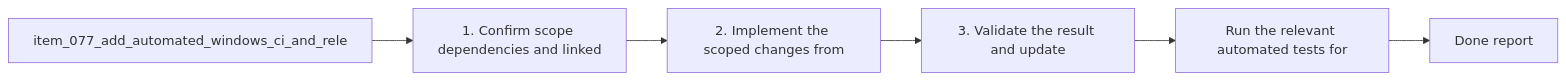
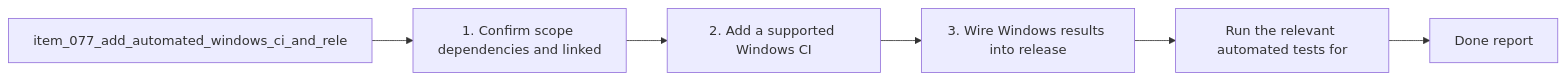
The diagram in logics/tasks/task_078_add_automated_windows_ci_and_release_gating_for_supported_workflows.md (AlexAgo83/logics-manager), drawn with Mermaid before and after one commit. The commit also changed other lines of this file and 481 other files, not shown here.

````diff
--- a/logics/tasks/task_078_add_automated_windows_ci_and_release_gating_for_supported_workflows.md
+++ b/logics/tasks/task_078_add_automated_windows_ci_and_release_gating_for_supported_workflows.md
@@ -20,10 +21,10 @@
 ```mermaid
 %% logics-kind: task
 %% logics-signature: task|add-automated-windows-ci-and-release-gat|item-077-add-automated-windows-ci-and-re|1-confirm-scope-dependencies-and-linked|run-the-relevant-automated-tests-for
 flowchart LR
     Backlog[item_077_add_automated_windows_ci_and_rele] --> Step1[1. Confirm scope dependencies and linked]
-    Step1 --> Step2[2. Implement the scoped changes from]
-    Step2 --> Step3[3. Validate the result and update]
+    Step1 --> Step2[2. Add a supported Windows CI]
+    Step2 --> Step3[3. Wire Windows results into release]
     Step3 --> Validation[Run the relevant automated tests for]
     Validation --> Report[Done report]
 ```
````
